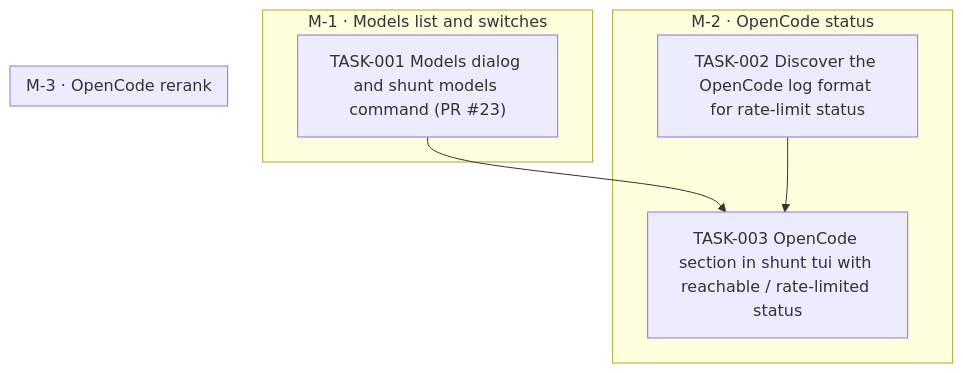
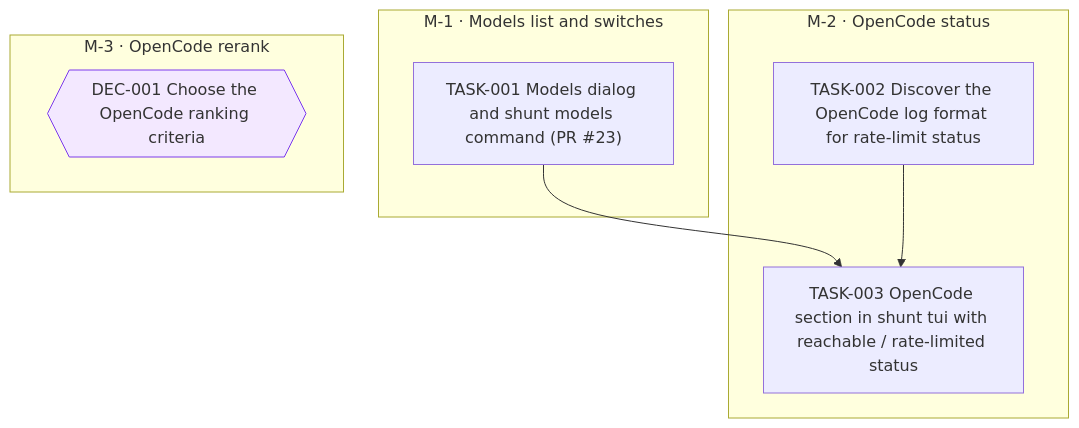
Before and after one commit to jesusvillota/shunt: the diagram in goals/model-filter/README.md, drawn with Mermaid. The commit also changed 1 other file, not shown here.

Commit message:
goal(model-filter): add DEC-001 Choose the OpenCode ranking criteria

````diff
--- a/goals/model-filter/README.md
+++ b/goals/model-filter/README.md
@@ -47,17 +47,19 @@
 ```mermaid
 flowchart TD
   subgraph M_1["M-1 · Models list and switches"]
     TASK_001["TASK-001 Models dialog and shunt models command (PR #23)"]
   end
   subgraph M_2["M-2 · OpenCode status"]
     TASK_002["TASK-002 Discover the OpenCode log format for rate-limit status"]
     TASK_003["TASK-003 OpenCode section in shunt tui with reachable / rate-limited status"]
   end
   subgraph M_3["M-3 · OpenCode rerank"]
+    DEC_001{{"DEC-001 Choose the OpenCode ranking criteria"}}
   end
   TASK_001 --> TASK_003
   TASK_002 --> TASK_003
   classDef draft stroke-dasharray: 4 3
   classDef cancelled opacity:0.45
   classDef decision fill:#f3e8ff,stroke:#7c3aed
+  class DEC_001 decision
 ```
````
